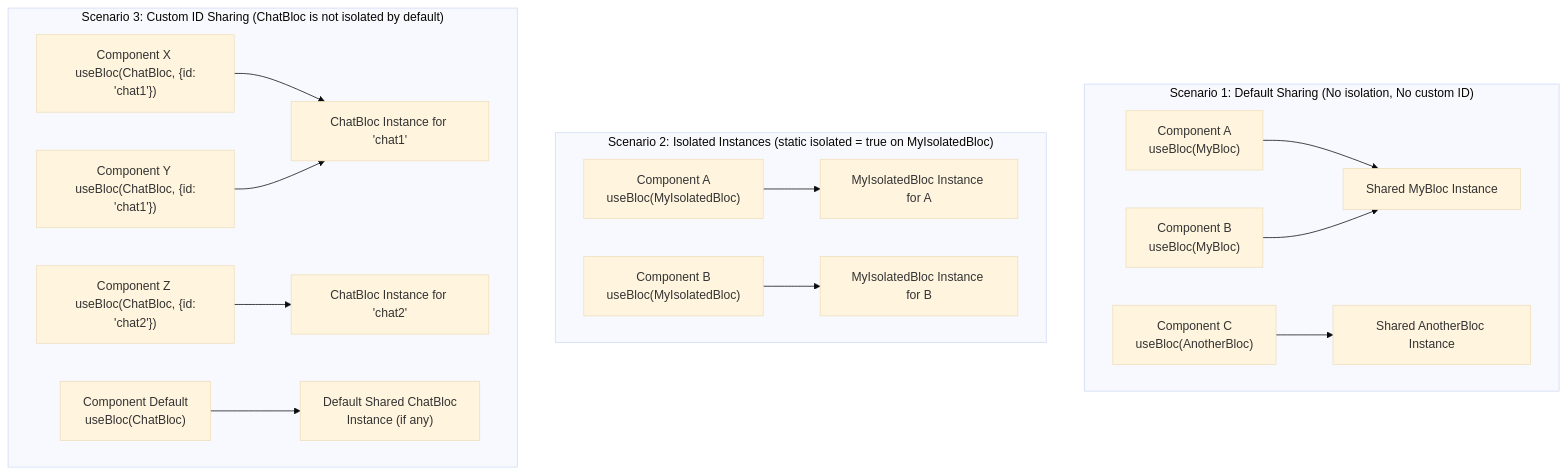
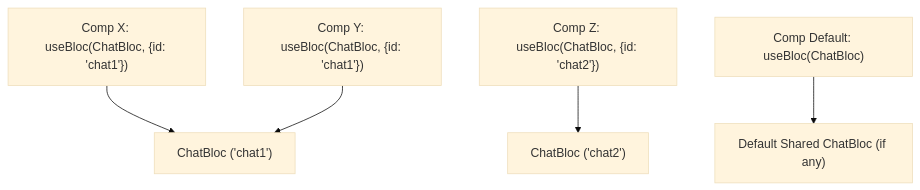
The fourth of 5 diagrams in apps/docs/learn/architecture.md (jsnanigans/blac), drawn with Mermaid (base theme) before and after one commit. The commit also changed other lines of this file and 1 other file, not shown here.

Commit message:
Update graphs

````diff
--- a/apps/docs/learn/architecture.md
+++ b/apps/docs/learn/architecture.md
@@ -132,20 +150,7 @@
 ```mermaid
 graph TD
-    subgraph "Scenario 1: Default Sharing (No isolation, No custom ID)"
-        CompA1["Component A <br> useBloc(MyBloc)"] --> SharedInstance1["Shared MyBloc Instance"];
-        CompB1["Component B <br> useBloc(MyBloc)"] --> SharedInstance1;
-        CompC1["Component C <br> useBloc(AnotherBloc)"] --> AnotherSharedInstance1["Shared AnotherBloc Instance"];
-    end
-
-    subgraph "Scenario 2: Isolated Instances (static isolated = true on MyIsolatedBloc)"
-        CompA2["Component A <br> useBloc(MyIsolatedBloc)"] --> IsolatedInstanceA["MyIsolatedBloc Instance for A"];
-        CompB2["Component B <br> useBloc(MyIsolatedBloc)"] --> IsolatedInstanceB["MyIsolatedBloc Instance for B"];
-    end
-
-    subgraph "Scenario 3: Custom ID Sharing (ChatBloc is not isolated by default)"
-        CompX["Component X <br> useBloc(ChatBloc, {id: 'chat1'})"] --> ChatInstance1["ChatBloc Instance for 'chat1'"];
-        CompY["Component Y <br> useBloc(ChatBloc, {id: 'chat1'})"] --> ChatInstance1;
-        CompZ["Component Z <br> useBloc(ChatBloc, {id: 'chat2'})"] --> ChatInstance2["ChatBloc Instance for 'chat2'"];
-        CompDefault["Component Default <br> useBloc(ChatBloc)"] --> DefaultChatInstance["Default Shared ChatBloc<br>Instance (if any)"];
-    end
+  CompX["Comp X: useBloc(ChatBloc, {id: 'chat1'})"] --> Chat1["ChatBloc ('chat1')"];
+  CompY["Comp Y: useBloc(ChatBloc, {id: 'chat1'})"] --> Chat1;
+  CompZ["Comp Z: useBloc(ChatBloc, {id: 'chat2'})"] --> Chat2["ChatBloc ('chat2')"];
+  CompDef["Comp Default: useBloc(ChatBloc)"] --> DefaultChat["Default Shared ChatBloc (if any)"];
 ```
````
